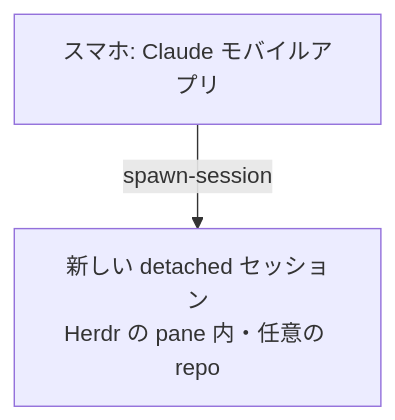
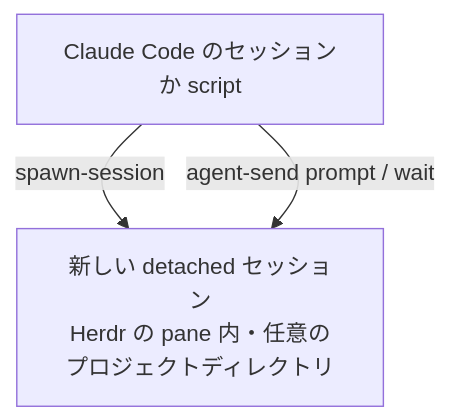
Before and after one commit to shimo4228/herdr-toolkit: the diagram in README.ja.md, drawn with Mermaid. The commit also changed other lines of this file and 9 other files, not shown here.

First line of the commit message:
release: 2.1.0 — agent-send を追加し、spawn-session を Herdr pane への起動と最初の指示に広げる

````diff
--- a/README.ja.md
+++ b/README.ja.md
@@ -17,4 +20,5 @@
 ```mermaid
 flowchart TD
-    P[スマホ: Claude モバイルアプリ] -->|spawn-session| S[新しい detached セッション<br>Herdr の pane 内・任意の repo]
+    S[Claude Code のセッションか script] -->|spawn-session| P[新しい detached セッション<br>Herdr の pane 内・任意のプロジェクトディレクトリ]
+    S -->|agent-send prompt / wait| P
 ```
````
